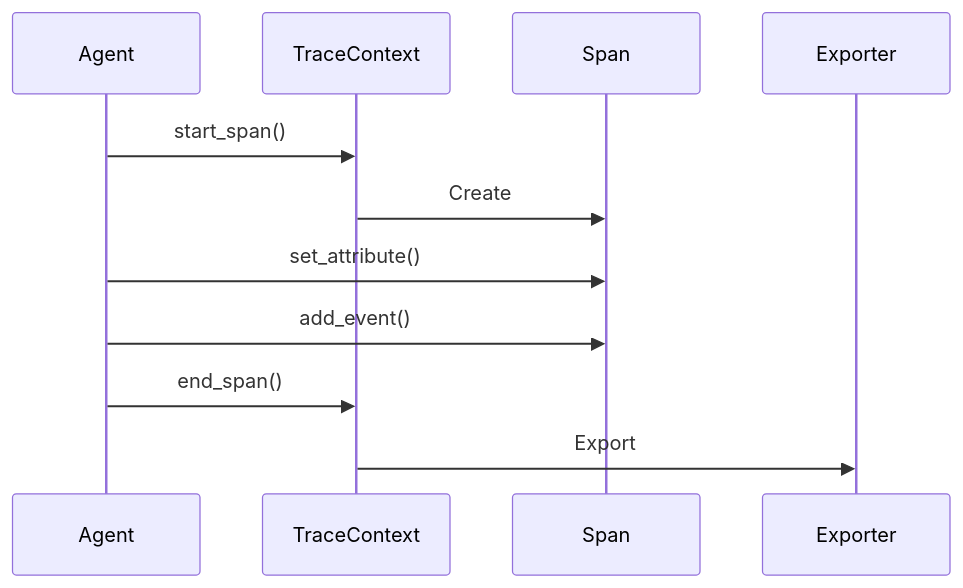
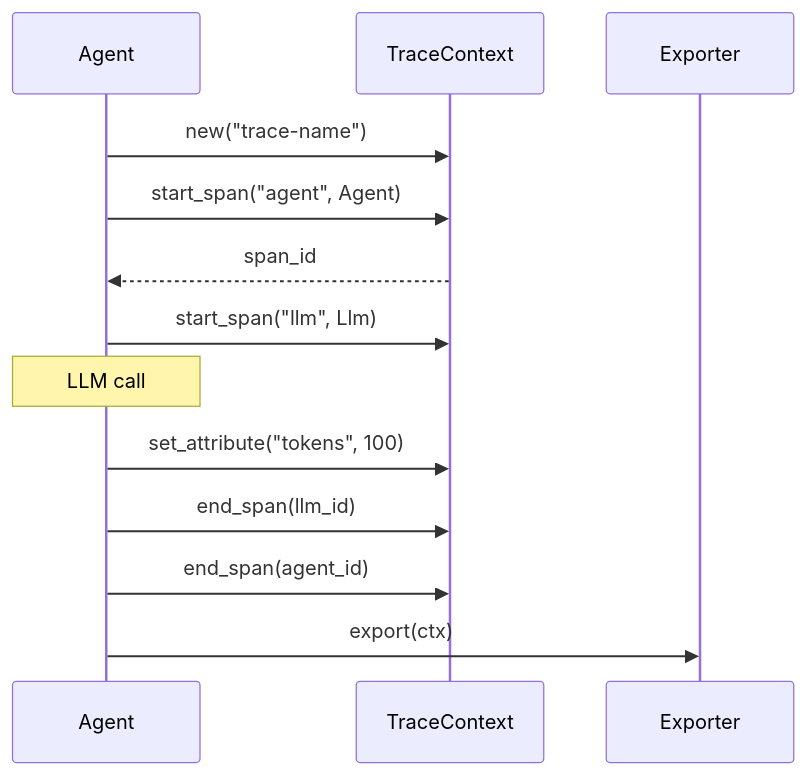
The second of 2 diagrams in docs/rust/tracing.mdx (MervinPraison/PraisonAIDocs), drawn with Mermaid before and after one commit. The commit also changed other lines of this file and 87 other files, not shown here.

````diff
--- a/docs/rust/tracing.mdx
+++ b/docs/rust/tracing.mdx
@@ -68,14 +79,18 @@
 ```mermaid
 sequenceDiagram
     participant Agent
     participant TraceContext
-    participant Span
     participant Exporter
     
-    Agent->>TraceContext: start_span()
-    TraceContext->>Span: Create
-    Agent->>Span: set_attribute()
-    Agent->>Span: add_event()
-    Agent->>TraceContext: end_span()
-    TraceContext->>Exporter: Export
+    Agent->>TraceContext: new("trace-name")
+    Agent->>TraceContext: start_span("agent", Agent)
+    TraceContext-->>Agent: span_id
+    
+    Agent->>TraceContext: start_span("llm", Llm)
+    Note over Agent: LLM call
+    Agent->>TraceContext: set_attribute("tokens", 100)
+    Agent->>TraceContext: end_span(llm_id)
+    
+    Agent->>TraceContext: end_span(agent_id)
+    Agent->>Exporter: export(ctx)
 ```
````
